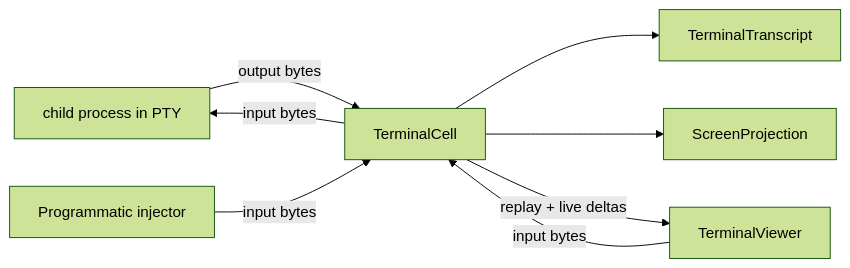
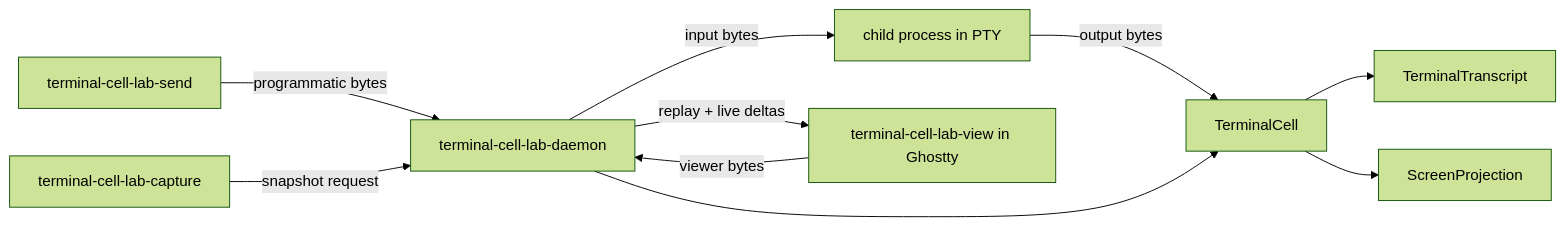
One commit to LiGoldragon/terminal-cell changed the diagram in ARCHITECTURE.md. Above: the diagram before and after it, drawn with Mermaid (forest theme). The commit also changed other lines of this file and 16 other files, not shown here.

Commit message:
add daemon and ghostty attach witness

````diff
--- a/ARCHITECTURE.md
+++ b/ARCHITECTURE.md
@@ -19,10 +19,12 @@
 ```mermaid
 flowchart LR
     child["child process in PTY"] -->|"output bytes"| owner["TerminalCell"]
     owner --> transcript["TerminalTranscript"]
     owner --> projection["ScreenProjection"]
-    viewer["TerminalViewer"] -->|"input bytes"| owner
-    injector["Programmatic injector"] -->|"input bytes"| owner
-    owner -->|"input bytes"| child
-    owner -->|"replay + live deltas"| viewer
+    daemon["terminal-cell-lab-daemon"] --> owner
+    view["terminal-cell-lab-view in Ghostty"] -->|"viewer bytes"| daemon
+    send["terminal-cell-lab-send"] -->|"programmatic bytes"| daemon
+    capture["terminal-cell-lab-capture"] -->|"snapshot request"| daemon
+    daemon -->|"input bytes"| child
+    daemon -->|"replay + live deltas"| view
 ```
````
